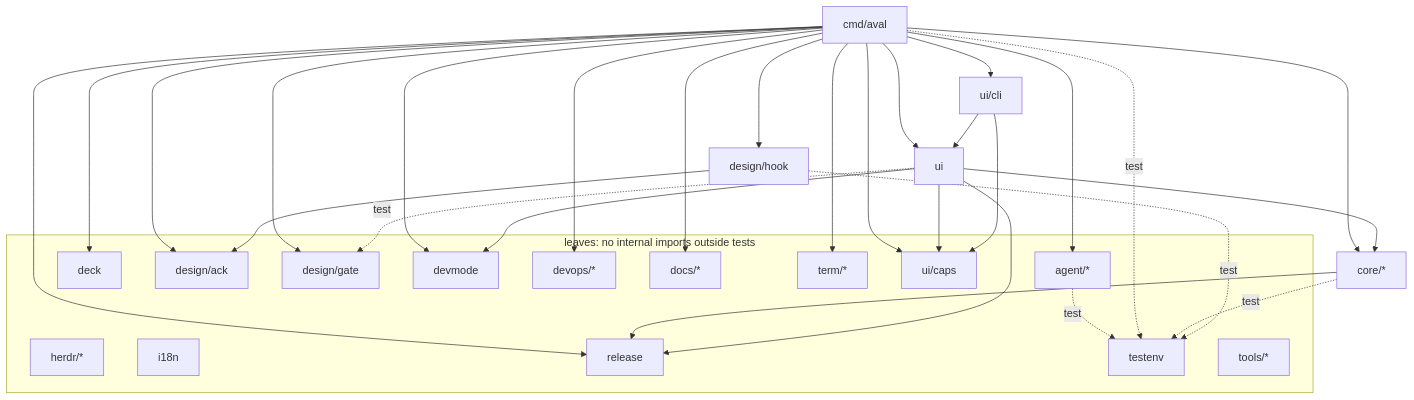
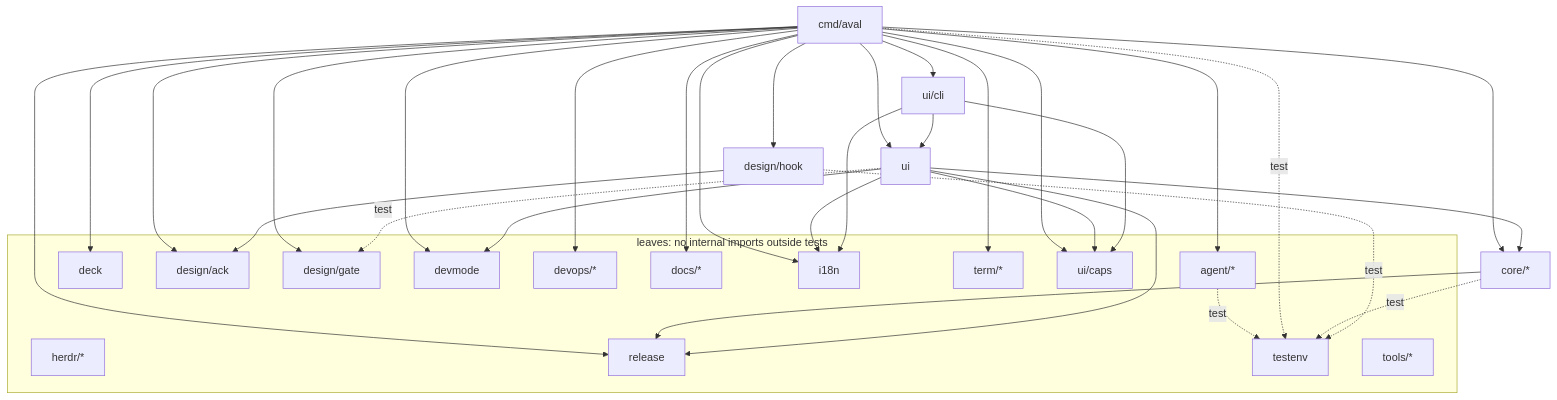
Before and after one commit to alvaroofernaandez/aval: the diagram in docs/architecture/model.md, drawn with Mermaid. The commit also changed 26 other files, not shown here.

````diff
--- a/docs/architecture/model.md
+++ b/docs/architecture/model.md
@@ -12,51 +12,54 @@
 ```mermaid
 flowchart TD
   cmd_aval["cmd/aval"]
   ui_cli["ui/cli"]
   ui["ui"]
   core["core/*"]
   design_hook["design/hook"]
   subgraph leaves["leaves: no internal imports outside tests"]
     agent["agent/*"]
     deck["deck"]
     design_ack["design/ack"]
     design_gate["design/gate"]
     devmode["devmode"]
     devops["devops/*"]
     docs["docs/*"]
     herdr["herdr/*"]
     i18n["i18n"]
     release["release"]
     term["term/*"]
     testenv["testenv"]
     tools["tools/*"]
     ui_caps["ui/caps"]
   end
   agent -.->|test| testenv
   cmd_aval --> agent
   cmd_aval --> core
   cmd_aval --> deck
   cmd_aval --> design_ack
   cmd_aval --> design_gate
   cmd_aval --> design_hook
   cmd_aval --> devmode
   cmd_aval --> devops
   cmd_aval --> docs
+  cmd_aval --> i18n
   cmd_aval --> release
   cmd_aval --> term
   cmd_aval --> ui
   cmd_aval --> ui_caps
   cmd_aval --> ui_cli
   cmd_aval -.->|test| testenv
   core --> release
   core -.->|test| testenv
   design_hook --> design_ack
   design_hook -.->|test| testenv
   ui --> core
   ui --> devmode
+  ui --> i18n
   ui --> release
   ui --> ui_caps
   ui -.->|test| design_gate
+  ui_cli --> i18n
   ui_cli --> ui
   ui_cli --> ui_caps
 ```
````
